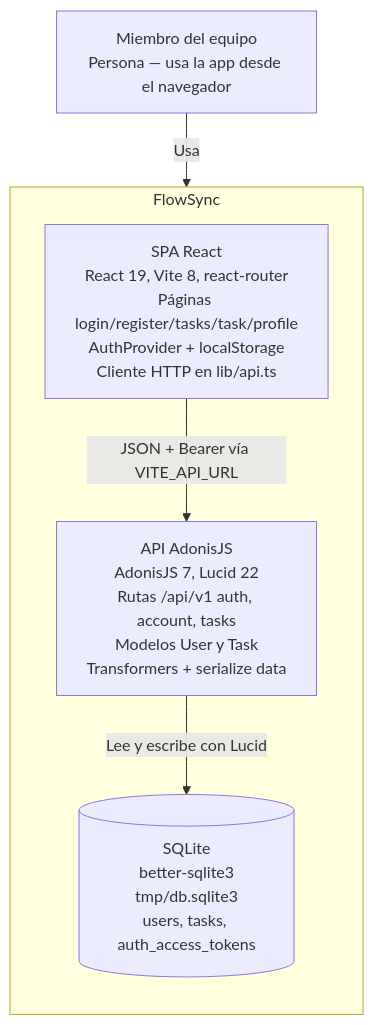
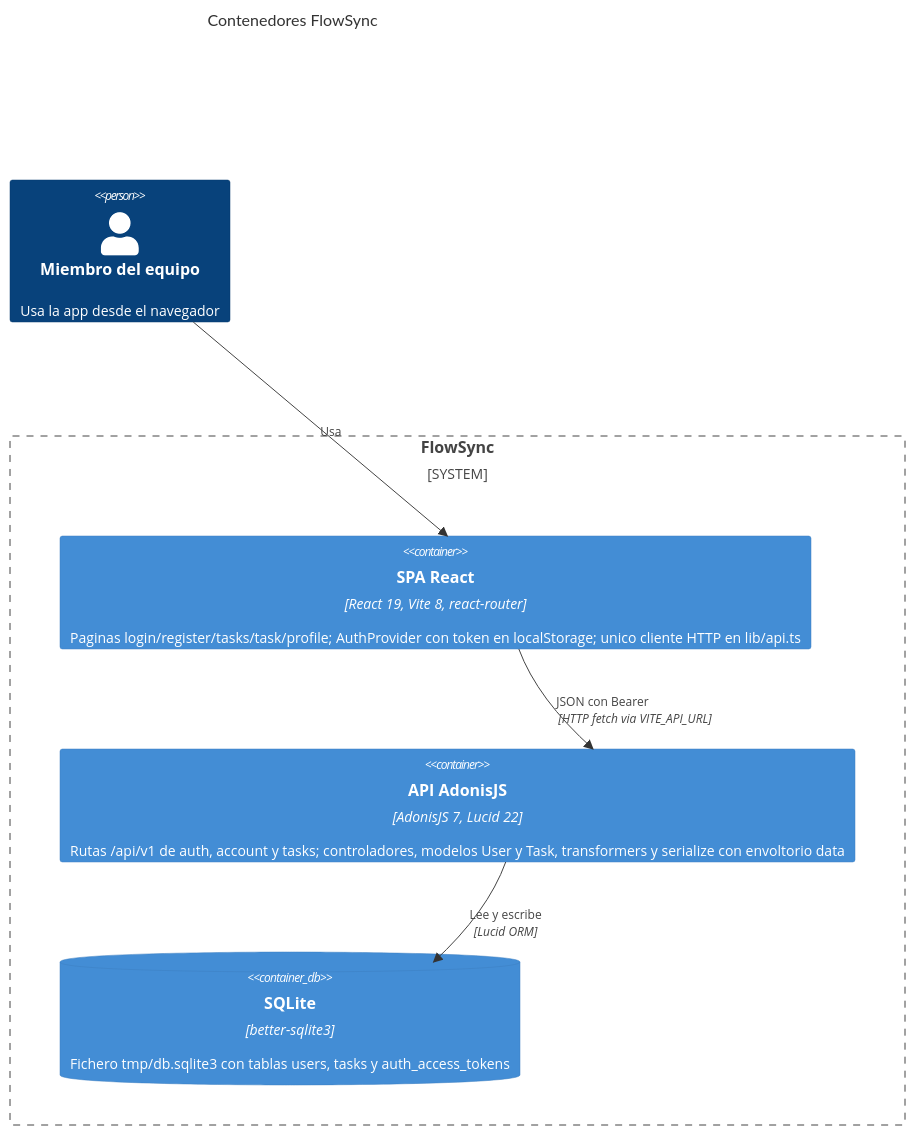
Before and after one commit to LIDR-academy-temp/flowsync-ai4devs-202610-seniors-I: the diagram in docs/architecture.md, drawn with Mermaid. The commit also changed other lines of this file, not shown here.

Commit message:
docs: restaurar C4Container y documentar preview local

````diff
--- a/docs/architecture.md
+++ b/docs/architecture.md
@@ -5,15 +7,16 @@
 ```mermaid
-flowchart TB
-  user["Miembro del equipo<br/>Persona — usa la app desde el navegador"]
+C4Container
+title Contenedores FlowSync
 
-  subgraph flowsync["FlowSync"]
-    direction TB
-    spa["SPA React<br/>React 19, Vite 8, react-router<br/>Páginas login/register/tasks/task/profile<br/>AuthProvider + localStorage<br/>Cliente HTTP en lib/api.ts"]
-    api["API AdonisJS<br/>AdonisJS 7, Lucid 22<br/>Rutas /api/v1 auth, account, tasks<br/>Modelos User y Task<br/>Transformers + serialize data"]
-    db[("SQLite<br/>better-sqlite3<br/>tmp/db.sqlite3<br/>users, tasks, auth_access_tokens")]
-  end
+Person(user, "Miembro del equipo", "Usa la app desde el navegador")
 
-  user -->|Usa| spa
-  spa -->|"JSON + Bearer vía VITE_API_URL"| api
-  api -->|"Lee y escribe con Lucid"| db
+System_Boundary(flowsync, "FlowSync") {
+  Container(spa, "SPA React", "React 19, Vite 8, react-router", "Paginas login/register/tasks/task/profile; AuthProvider con token en localStorage; unico cliente HTTP en lib/api.ts")
+  Container(api, "API AdonisJS", "AdonisJS 7, Lucid 22", "Rutas /api/v1 de auth, account y tasks; controladores, modelos User y Task, transformers y serialize con envoltorio data")
+  ContainerDb(db, "SQLite", "better-sqlite3", "Fichero tmp/db.sqlite3 con tablas users, tasks y auth_access_tokens")
+}
+
+Rel(user, spa, "Usa")
+Rel(spa, api, "JSON con Bearer", "HTTP fetch via VITE_API_URL")
+Rel(api, db, "Lee y escribe", "Lucid ORM")
 ```
````
